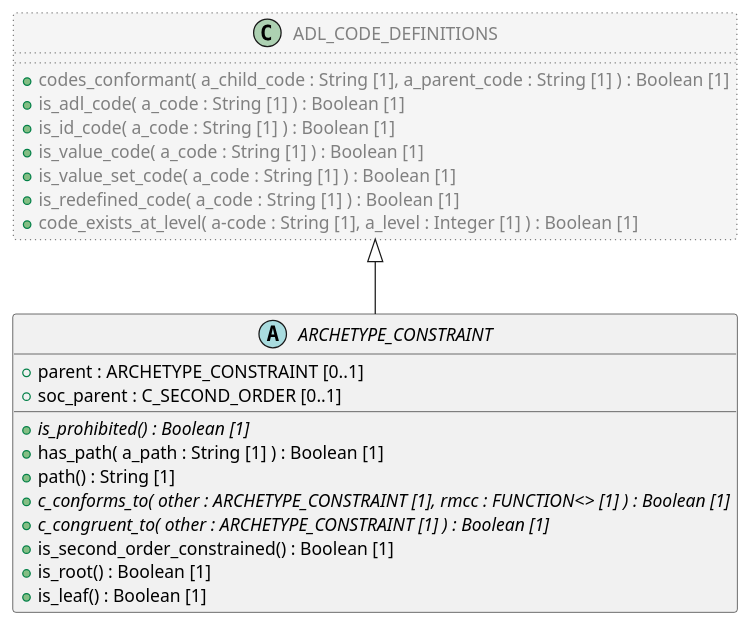
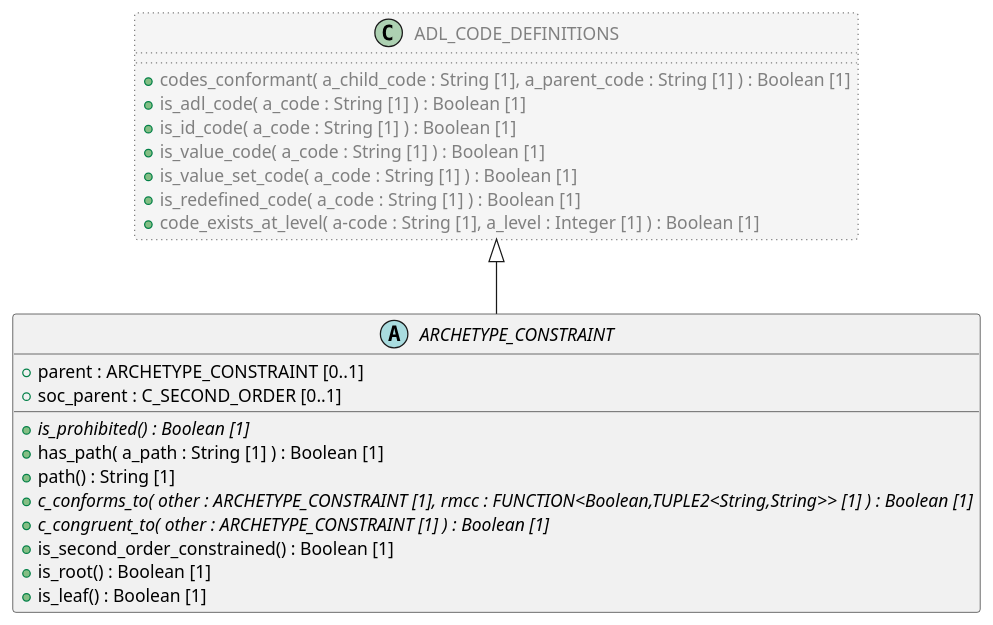
The diagram in code/Adoc/openehr_am_2.2.0/plantUML/classes/aom2.archetype_constraint.adoc (sebastian-iancu/code-generator), drawn with PlantUML before and after one commit. The commit also changed 299 other files, not shown here.

```diff
--- a/code/Adoc/openehr_am_2.2.0/plantUML/classes/aom2.archetype_constraint.adoc
+++ b/code/Adoc/openehr_am_2.2.0/plantUML/classes/aom2.archetype_constraint.adoc
@@ -1,32 +1,32 @@
 [plantuml,ARCHETYPE_CONSTRAINT,format=svg]
 -----
 @startuml
 
 abstract class ARCHETYPE_CONSTRAINT {
   + parent : ARCHETYPE_CONSTRAINT [0..1]
   + soc_parent : C_SECOND_ORDER [0..1]
   + {abstract} is_prohibited() : Boolean [1]
   + has_path( a_path : String [1] ) : Boolean [1]
   + path() : String [1]
-  + {abstract} c_conforms_to( other : ARCHETYPE_CONSTRAINT [1], rmcc : FUNCTION<> [1] ) : Boolean [1]
+  + {abstract} c_conforms_to( other : ARCHETYPE_CONSTRAINT [1], rmcc : FUNCTION<Boolean,TUPLE2<String,String>> [1] ) : Boolean [1]
   + {abstract} c_congruent_to( other : ARCHETYPE_CONSTRAINT [1] ) : Boolean [1]
   + is_second_order_constrained() : Boolean [1]
   + is_root() : Boolean [1]
   + is_leaf() : Boolean [1]
 }
 
 class ADL_CODE_DEFINITIONS  #whitesmoke;line:gray;line.dotted;text:gray {
   + codes_conformant( a_child_code : String [1], a_parent_code : String [1] ) : Boolean [1]
   + is_adl_code( a_code : String [1] ) : Boolean [1]
   + is_id_code( a_code : String [1] ) : Boolean [1]
   + is_value_code( a_code : String [1] ) : Boolean [1]
   + is_value_set_code( a_code : String [1] ) : Boolean [1]
   + is_redefined_code( a_code : String [1] ) : Boolean [1]
   + code_exists_at_level( a-code : String [1], a_level : Integer [1] ) : Boolean [1]
 }
 
 ADL_CODE_DEFINITIONS <|-- ARCHETYPE_CONSTRAINT
 
 
 @enduml
 -----
```
